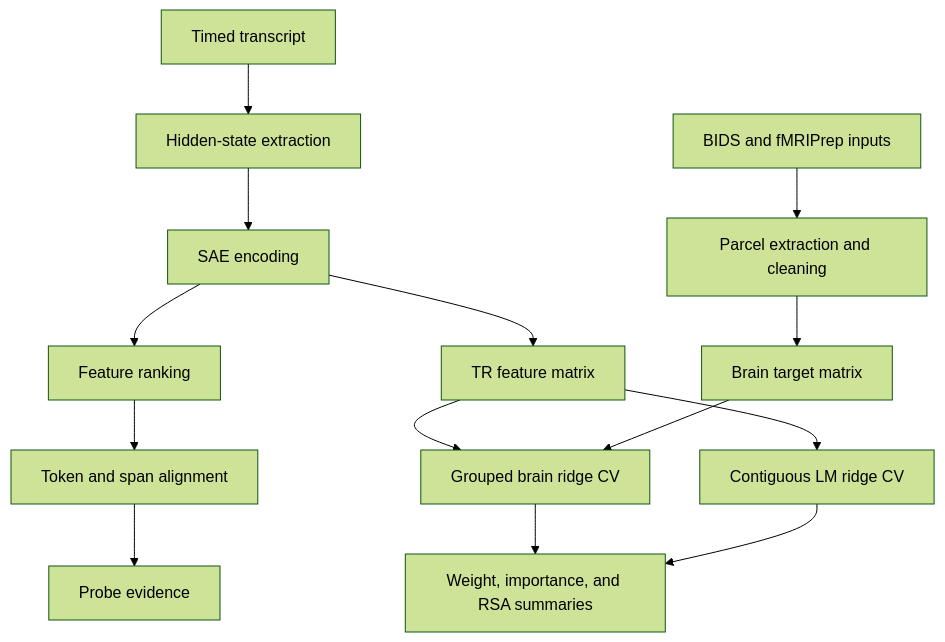
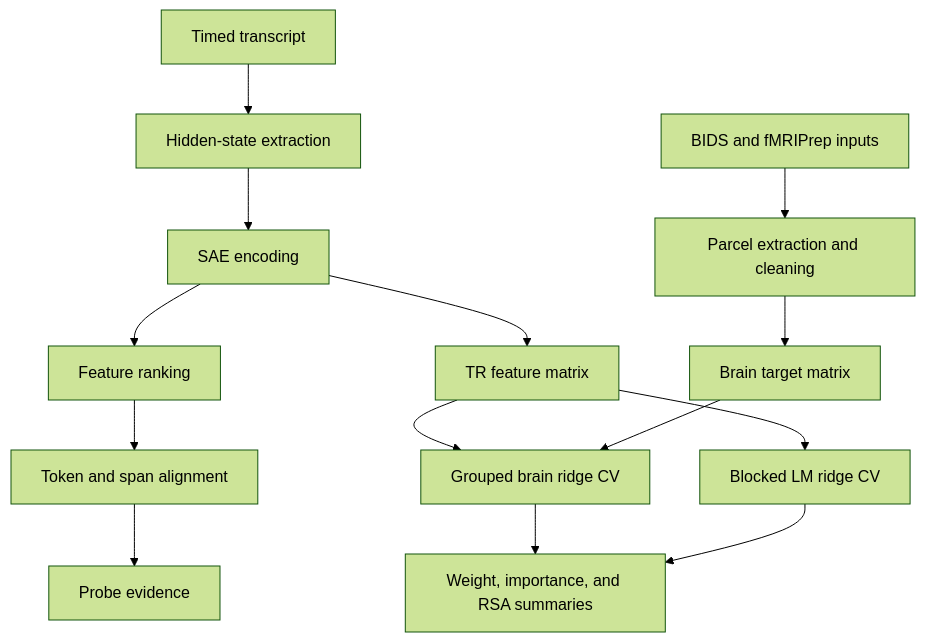
The diagram in docs/architecture.md (daMS2005/thesis_neuro), drawn with Mermaid (forest theme) before and after one commit. The commit also changed other lines of this file and 91 other files, not shown here.

````diff
--- a/docs/architecture.md
+++ b/docs/architecture.md
@@ -7,16 +7,16 @@
 ```mermaid
 flowchart TD
     T[Timed transcript] --> X[Hidden-state extraction]
     X --> S[SAE encoding]
     S --> R[Feature ranking]
     R --> A[Token and span alignment]
     A --> P[Probe evidence]
     S --> B[TR feature matrix]
     N[BIDS and fMRIPrep inputs] --> C[Parcel extraction and cleaning]
     C --> Y[Brain target matrix]
     B --> E1[Grouped brain ridge CV]
     Y --> E1
-    B --> E2[Contiguous LM ridge CV]
+    B --> E2[Blocked LM ridge CV]
     E1 --> Q[Weight, importance, and RSA summaries]
     E2 --> Q
 ```
````
